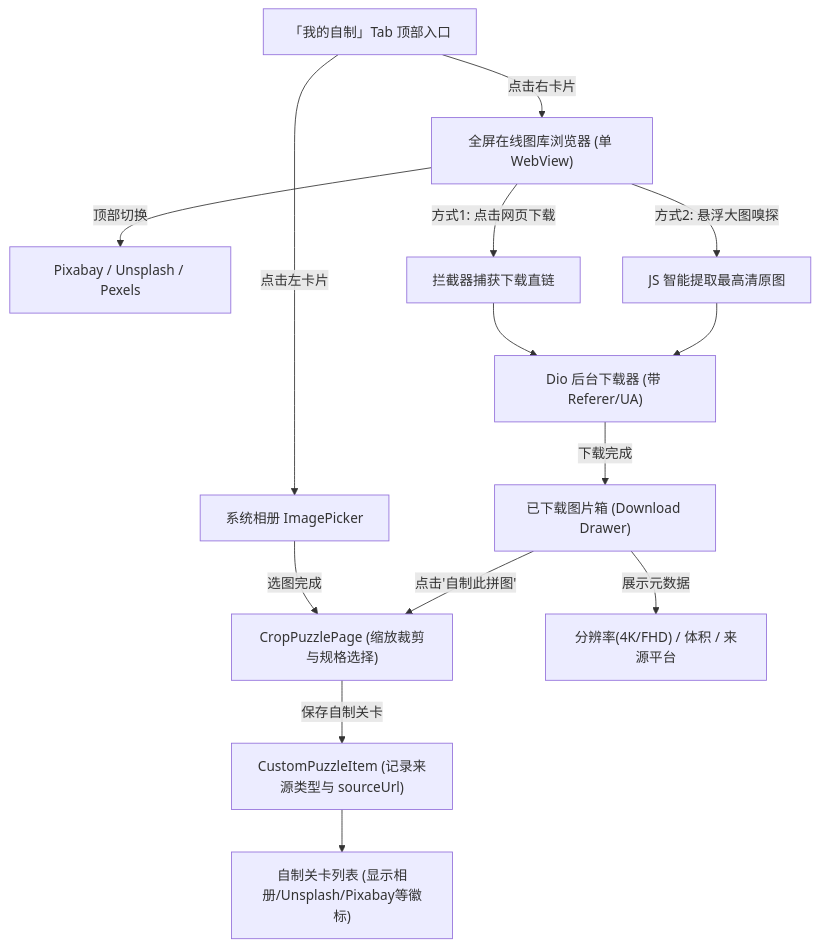
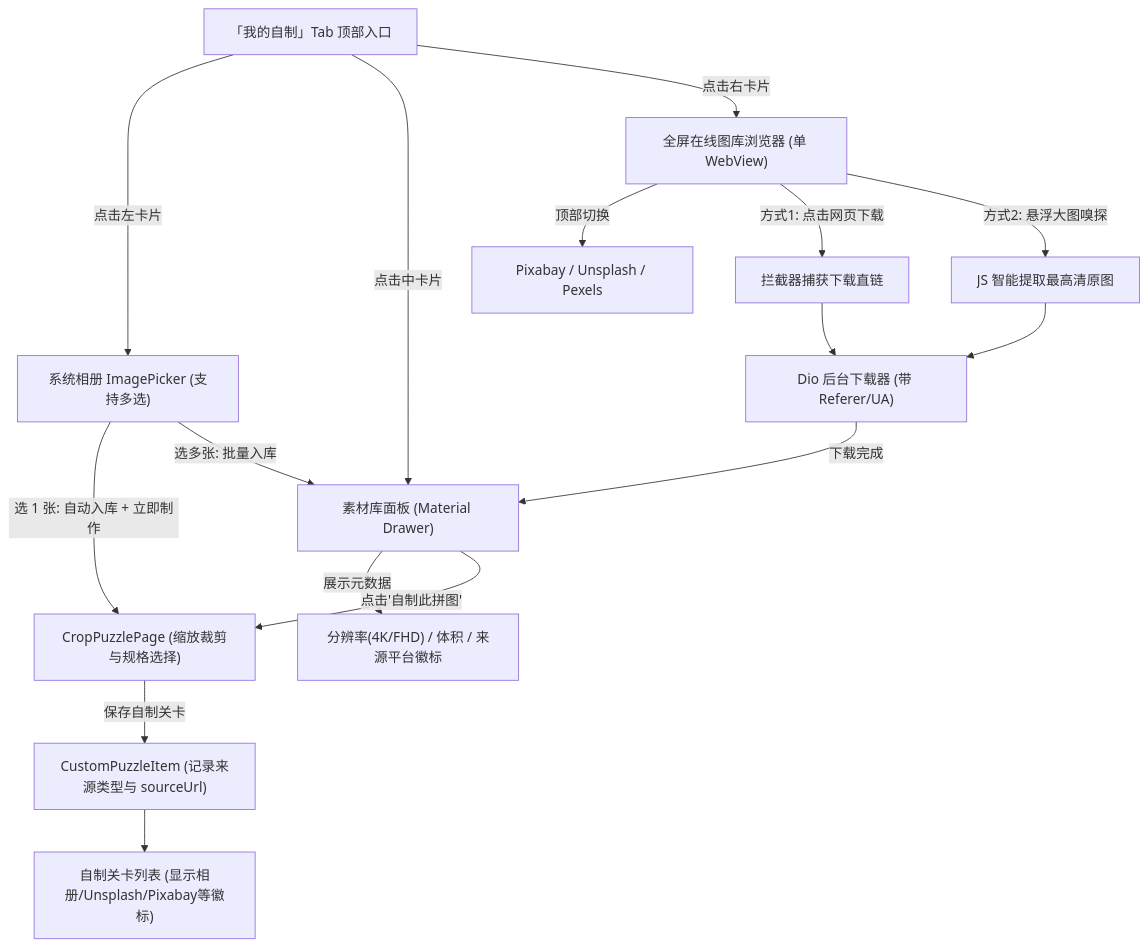
Before and after one commit to mcxiaoke/jigsaw-fox: the diagram in docs/online-image-picker-and-source-tracking-design.md, drawn with Mermaid. The commit also changed other lines of this file and 13 other files, not shown here.

First line of the commit message:
feat(ugc): simplify crop UI, add live resolution indicator, and fix material box count init

````diff
--- a/docs/online-image-picker-and-source-tracking-design.md
+++ b/docs/online-image-picker-and-source-tracking-design.md
@@ -19,21 +19,23 @@
 ```mermaid
 graph TD
-    A["「我的自制」Tab 顶部入口"] -->|点击左卡片| B["系统相册 ImagePicker"]
+    A["「我的自制」Tab 顶部入口"] -->|点击左卡片| B["系统相册 ImagePicker (支持多选)"]
+    A -->|点击中卡片| H["素材库面板 (Material Drawer)"]
     A -->|点击右卡片| C["全屏在线图库浏览器 (单 WebView)"]
     
-    B -->|选图完成| G["CropPuzzlePage (缩放裁剪与规格选择)"]
+    B -->|选 1 张: 自动入库 + 立即制作| G["CropPuzzlePage (缩放裁剪与规格选择)"]
+    B -->|选多张: 批量入库| H
     
     C -->|顶部切换| C1["Pixabay / Unsplash / Pexels"]
     C -->|方式1: 点击网页下载| D["拦截器捕获下载直链"]
     C -->|方式2: 悬浮大图嗅探| E["JS 智能提取最高清原图"]
     
     D --> F["Dio 后台下载器 (带 Referer/UA)"]
     E --> F
     
-    F -->|下载完成| H["已下载图片箱 (Download Drawer)"]
-    H -->|展示元数据| H1["分辨率(4K/FHD) / 体积 / 来源平台"]
+    F -->|下载完成| H
+    H -->|展示元数据| H1["分辨率(4K/FHD) / 体积 / 来源平台徽标"]
     H -->|点击'自制此拼图'| G
     
     G -->|保存自制关卡| I["CustomPuzzleItem (记录来源类型与 sourceUrl)"]
     I --> J["自制关卡列表 (显示相册/Unsplash/Pixabay等徽标)"]
 ```
````
